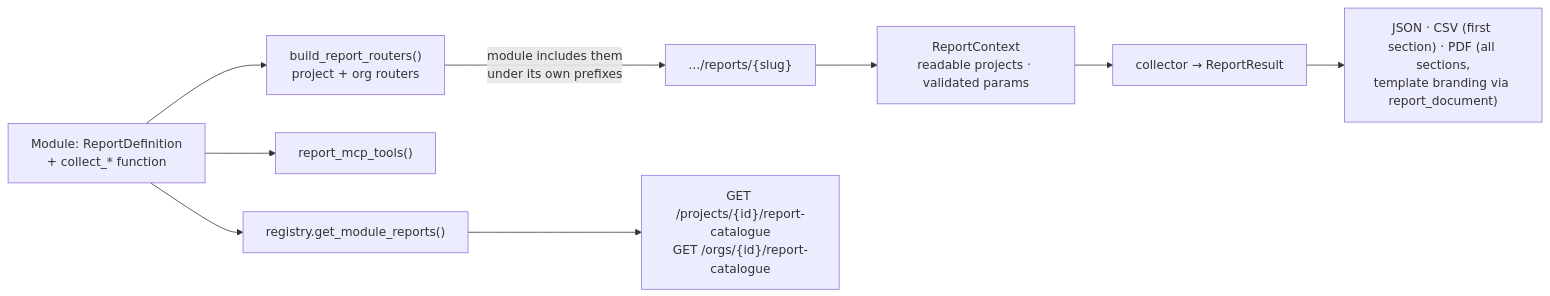
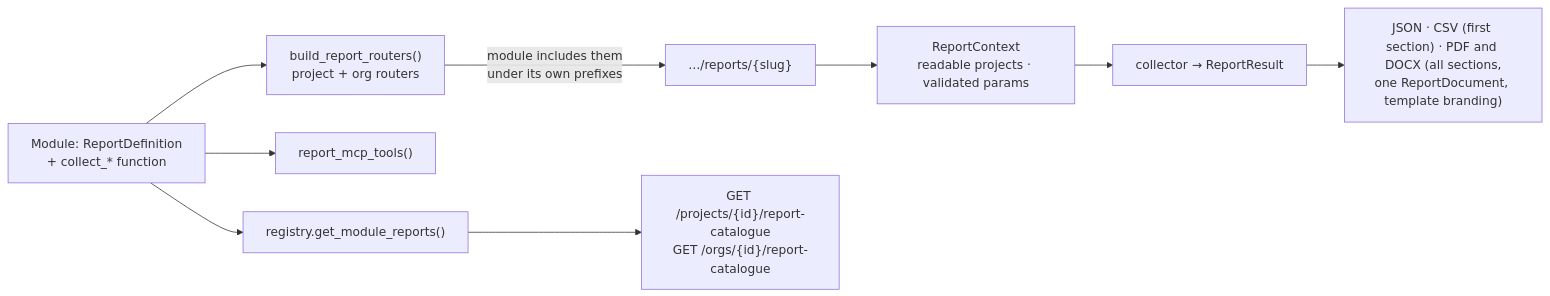
Before and after one commit to ballardr/reqtrackmanager: the ninth of 13 diagrams in docs/modules.md, drawn with Mermaid. The commit also changed other lines of this file and 465 other files, not shown here.

````diff
--- a/docs/modules.md
+++ b/docs/modules.md
@@ -921,11 +1021,11 @@
 ```mermaid
 flowchart LR
     MOD["Module: ReportDefinition<br/>+ collect_* function"] --> BR["build_report_routers()<br/>project + org routers"]
     MOD --> MCP["report_mcp_tools()"]
     MOD --> REG["registry.get_module_reports()"]
     BR -->|"module includes them<br/>under its own prefixes"| API["…/reports/{slug}"]
     REG --> CAT["GET /projects/{id}/report-catalogue<br/>GET /orgs/{id}/report-catalogue"]
     API --> CTX["ReportContext<br/>readable projects · validated params"]
     CTX --> COL["collector → ReportResult"]
-    COL --> OUT["JSON · CSV (first section) · PDF (all sections,<br/>template branding via report_document)"]
+    COL --> OUT["JSON · CSV (first section) · PDF and DOCX (all sections,<br/>one ReportDocument, template branding)"]
 ```
````
